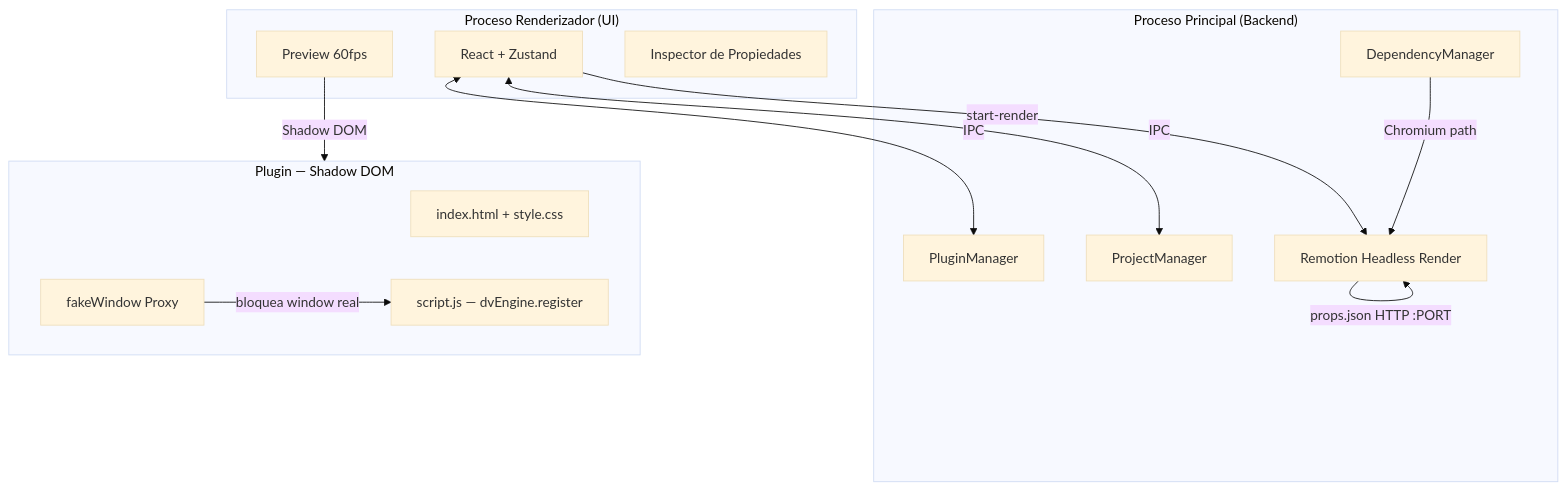
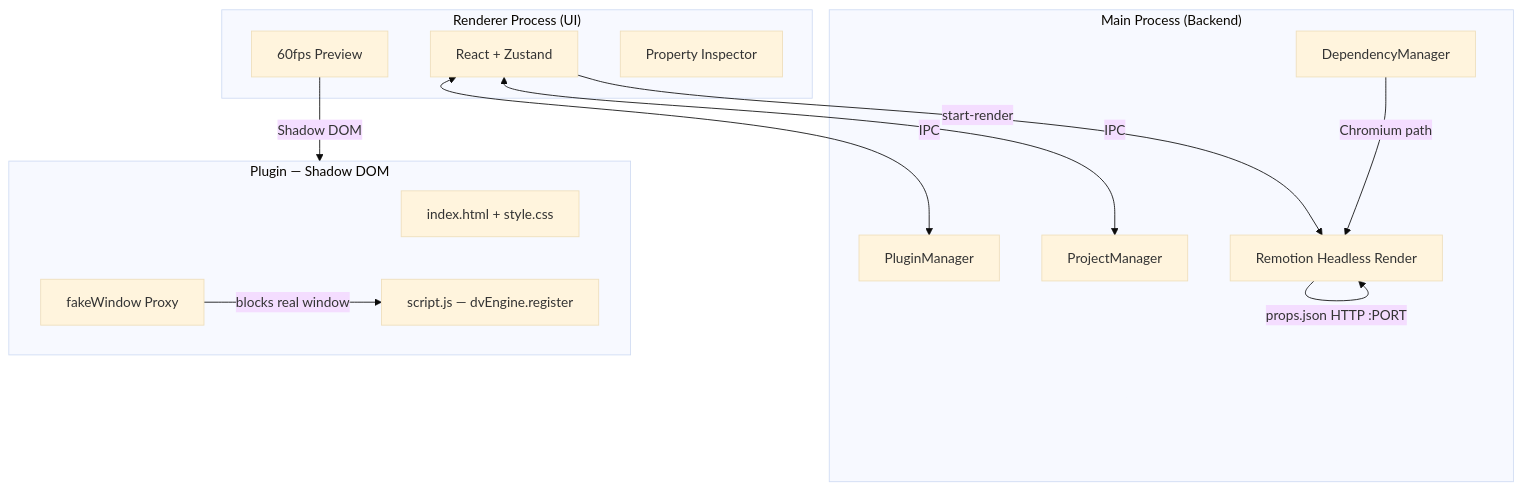
One commit to Mushi-Ayaka/DVGE-Docs changed the diagram in src/content/docs/engine/architecture.md. Above: the diagram before and after it, drawn with Mermaid (base theme). The commit also changed other lines of this file and 62 other files, not shown here.

````diff
--- a/src/content/docs/engine/architecture.md
+++ b/src/content/docs/engine/architecture.md
@@ -14,29 +14,29 @@
 ```mermaid
 graph TD
-    subgraph Renderer["Proceso Renderizador (UI)"]
+    subgraph Renderer["Renderer Process (UI)"]
         R1["React + Zustand"]
-        R2["Preview 60fps"]
-        R3["Inspector de Propiedades"]
+        R2["60fps Preview"]
+        R3["Property Inspector"]
     end
 
-    subgraph Main["Proceso Principal (Backend)"]
+    subgraph Main["Main Process (Backend)"]
         M1["PluginManager"]
         M2["ProjectManager"]
         M3["Remotion Headless Render"]
         M4["DependencyManager"]
     end
 
     subgraph PluginDOM["Plugin — Shadow DOM"]
         P1["index.html + style.css"]
         P2["script.js — dvEngine.register"]
         P3["fakeWindow Proxy"]
     end
 
     R1 <-->|IPC| M1
     R1 <-->|IPC| M2
     R1 -->|start-render| M3
     M3 -->|props.json HTTP :PORT| M3
     M4 -->|Chromium path| M3
     R2 -->|Shadow DOM| PluginDOM
-    P3 -->|bloquea window real| P2
+    P3 -->|blocks real window| P2
 ```
````
